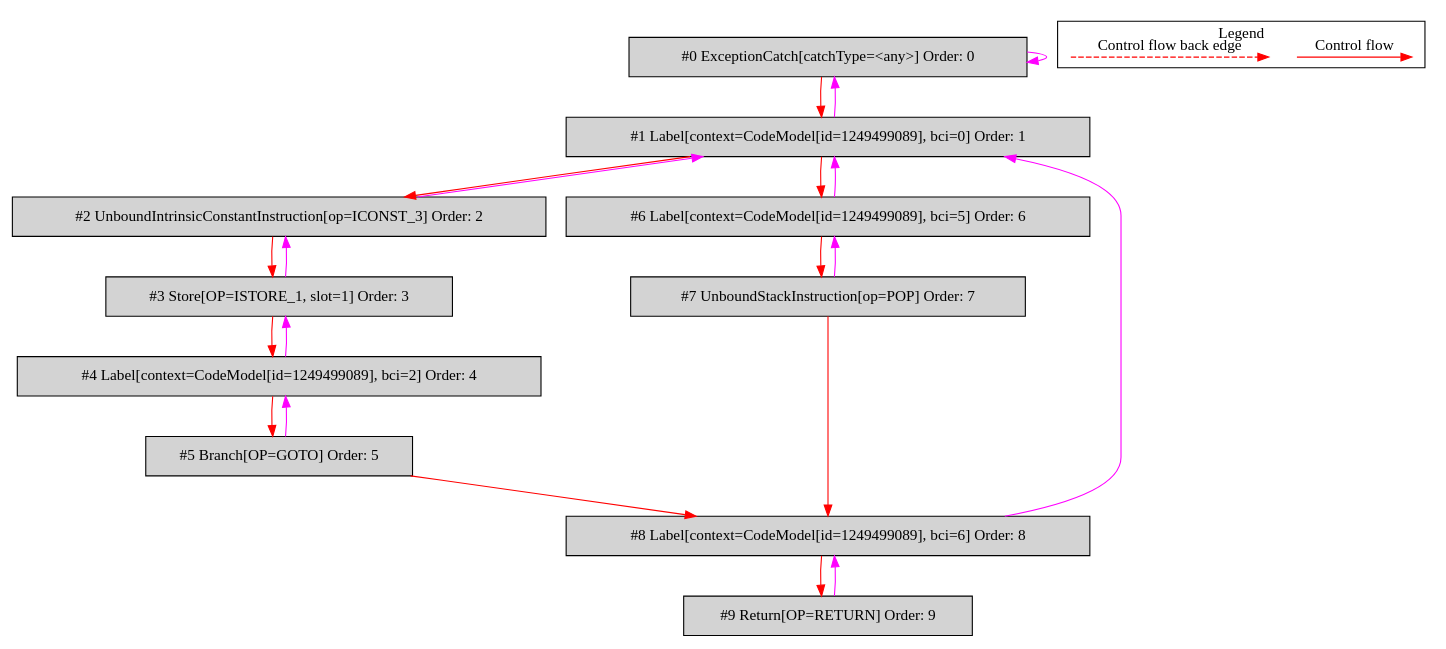
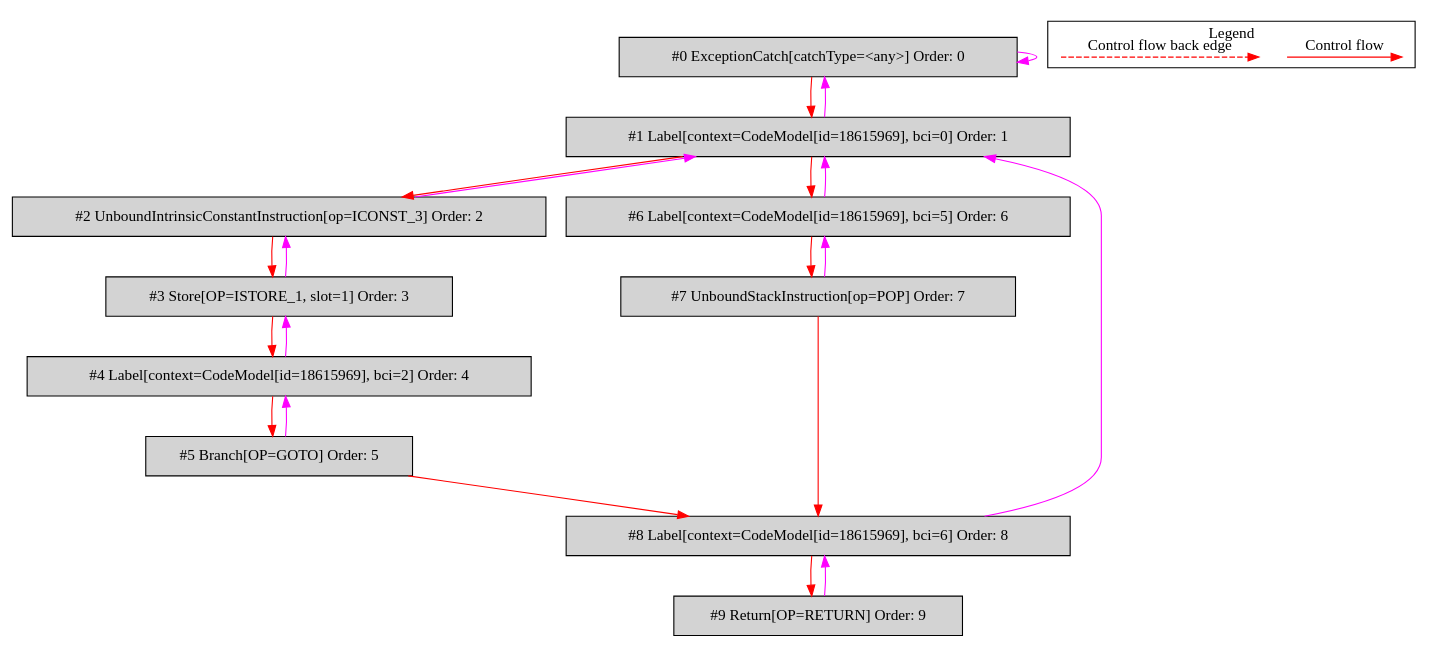
Before and after one commit to mirkosertic/MetaIR: the diagram in de.mirkosertic.metair.ir.OpcodeTryCatchTest/test_SimpleCatchAll/bytecodecfg.dot, drawn with Graphviz. The commit also changed 722 other files, not shown here.

```diff
--- a/de.mirkosertic.metair.ir.OpcodeTryCatchTest/test_SimpleCatchAll/bytecodecfg.dot
+++ b/de.mirkosertic.metair.ir.OpcodeTryCatchTest/test_SimpleCatchAll/bytecodecfg.dot
@@ -1,47 +1,47 @@
 digraph {
  ordering="in";
  node0[label="#0 ExceptionCatch[catchType=<any>] Order: 0", shape=box, fillcolor=lightgrey, style=filled];
- node1[label="#1 Label[context=CodeModel[id=1249499089], bci=0] Order: 1", shape=box, fillcolor=lightgrey, style=filled];
+ node1[label="#1 Label[context=CodeModel[id=18615969], bci=0] Order: 1", shape=box, fillcolor=lightgrey, style=filled];
  node2[label="#2 UnboundIntrinsicConstantInstruction[op=ICONST_3] Order: 2", shape=box, fillcolor=lightgrey, style=filled];
  node3[label="#3 Store[OP=ISTORE_1, slot=1] Order: 3", shape=box, fillcolor=lightgrey, style=filled];
- node4[label="#4 Label[context=CodeModel[id=1249499089], bci=2] Order: 4", shape=box, fillcolor=lightgrey, style=filled];
+ node4[label="#4 Label[context=CodeModel[id=18615969], bci=2] Order: 4", shape=box, fillcolor=lightgrey, style=filled];
  node5[label="#5 Branch[OP=GOTO] Order: 5", shape=box, fillcolor=lightgrey, style=filled];
- node6[label="#6 Label[context=CodeModel[id=1249499089], bci=5] Order: 6", shape=box, fillcolor=lightgrey, style=filled];
+ node6[label="#6 Label[context=CodeModel[id=18615969], bci=5] Order: 6", shape=box, fillcolor=lightgrey, style=filled];
  node7[label="#7 UnboundStackInstruction[op=POP] Order: 7", shape=box, fillcolor=lightgrey, style=filled];
- node8[label="#8 Label[context=CodeModel[id=1249499089], bci=6] Order: 8", shape=box, fillcolor=lightgrey, style=filled];
+ node8[label="#8 Label[context=CodeModel[id=18615969], bci=6] Order: 8", shape=box, fillcolor=lightgrey, style=filled];
  node9[label="#9 Return[OP=RETURN] Order: 9", shape=box, fillcolor=lightgrey, style=filled];
  node0 -> node0[color=fuchsia];
  node0 -> node1[color=red];
  node1 -> node0[color=fuchsia];
  node1 -> node2[color=red];
  node2 -> node1[color=fuchsia];
  node2 -> node3[color=red];
  node3 -> node2[color=fuchsia];
  node3 -> node4[color=red];
  node4 -> node3[color=fuchsia];
  node4 -> node5[color=red];
  node5 -> node4[color=fuchsia];
  node1 -> node6[color=red];
  node6 -> node1[color=fuchsia];
  node6 -> node7[color=red];
  node7 -> node6[color=fuchsia];
  node5 -> node8[color=red];
  node7 -> node8[color=red];
  node8 -> node1[color=fuchsia];
  node8 -> node9[color=red];
  node9 -> node8[color=fuchsia];
  subgraph cluster_000 {
   label = "Legend";
   node [shape=point]
   {
    rank=same;
    c0 [style = invis];
    c1 [style = invis];
    c2 [style = invis];
    c3 [style = invis];
   }
   c0 -> c1 [label="Control flow", style=solid, color=red]
   c2 -> c3 [label="Control flow back edge", style=dashed, color=red]
  }
 
 }
```
